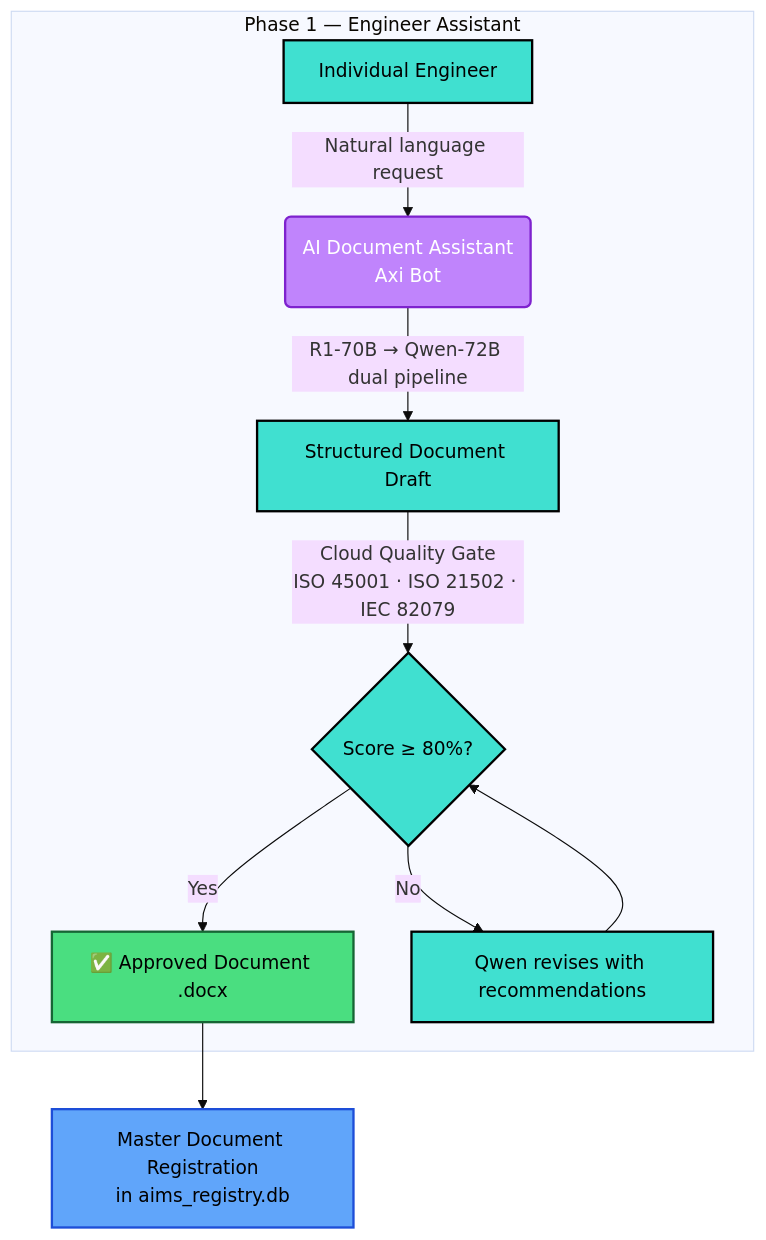
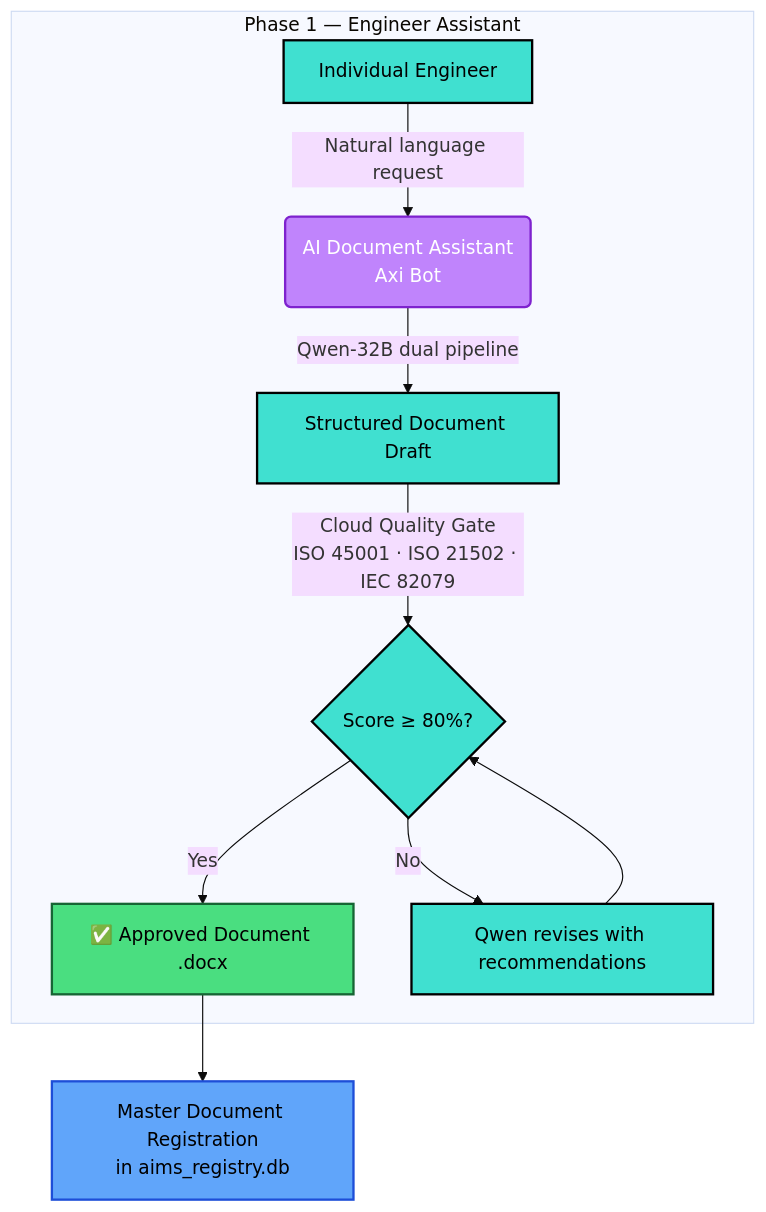
The eighth of 12 diagrams in README.md (AxiOMSphereAssistanceAIMS/AxiOMSphere), drawn with Mermaid (base theme) before and after one commit. The commit also changed other lines of this file, not shown here.

````diff
--- a/README.md
+++ b/README.md
@@ -494,17 +492,17 @@
 ```mermaid
 graph TD
     subgraph "Phase 1 — Engineer Assistant"
         A[Individual Engineer] -->|Natural language request| B("AI Document Assistant\nAxi Bot")
-        B -->|"R1-70B → Qwen-72B dual pipeline"| C[Structured Document Draft]
+        B -->|"Qwen-32B dual pipeline"| C[Structured Document Draft]
         C -->|"Cloud Quality Gate\nISO 45001 · ISO 21502 · IEC 82079"| D{"Score ≥ 80%?"}
         D -->|Yes| E["✅ Approved Document .docx"]
         D -->|No| F[Qwen revises with recommendations]
         F --> D
     end
     E --> L["Master Document Registration\nin aims_registry.db"]
 
     style B fill:#c084fc,stroke:#7e22ce,stroke-width:2px,color:#fff
     style E fill:#4ade80,stroke:#166534,stroke-width:2px
     style L fill:#60a5fa,stroke:#1d4ed8,stroke-width:2px
     classDef default fill:#40E0D0,stroke:#000,stroke-width:2px,color:#000;
 ```
````
